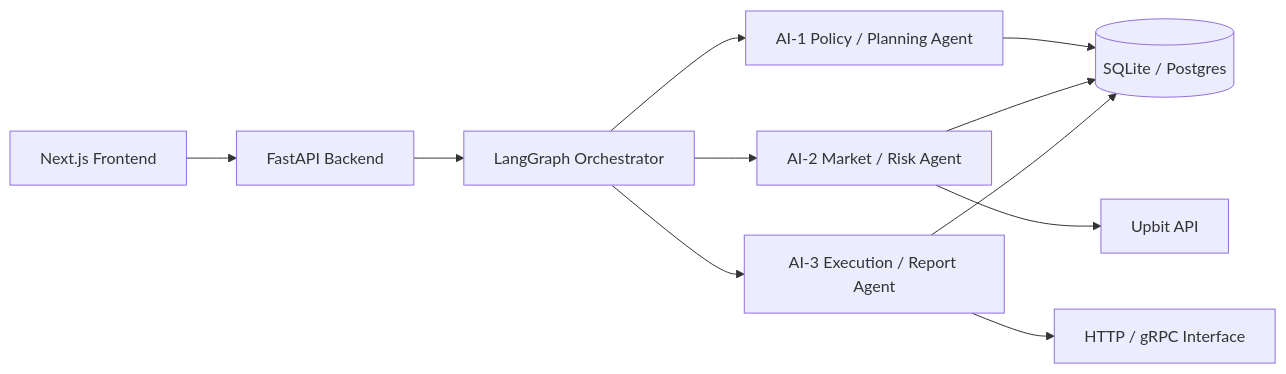
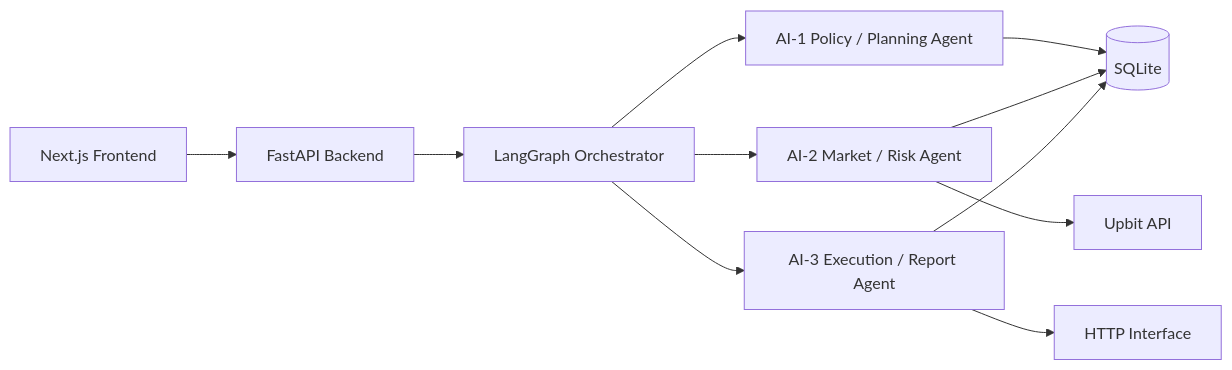
Before and after one commit to UpstageAI/sw-maestro-project: the first of 9 diagrams in PROPOSAL.md, drawn with Mermaid. The commit also changed other lines of this file and 8 other files, not shown here.

Commit message:
feat: align docs with local SQLite and HTTP-only architecture

````diff
--- a/PROPOSAL.md
+++ b/PROPOSAL.md
@@ -178,13 +178,13 @@
 ```mermaid
 flowchart LR
     FE[Next.js Frontend] --> BE[FastAPI Backend]
     BE --> ORCH[LangGraph Orchestrator]
     ORCH --> A1[AI-1 Policy / Planning Agent]
     ORCH --> A2[AI-2 Market / Risk Agent]
     ORCH --> A3[AI-3 Execution / Report Agent]
     A2 --> UPBIT[Upbit API]
-    A1 --> DB[(SQLite / Postgres)]
+    A1 --> DB[(SQLite)]
     A2 --> DB
     A3 --> DB
-    A3 --> IFACE[HTTP / gRPC Interface]
+    A3 --> IFACE[HTTP Interface]
 ```
````
